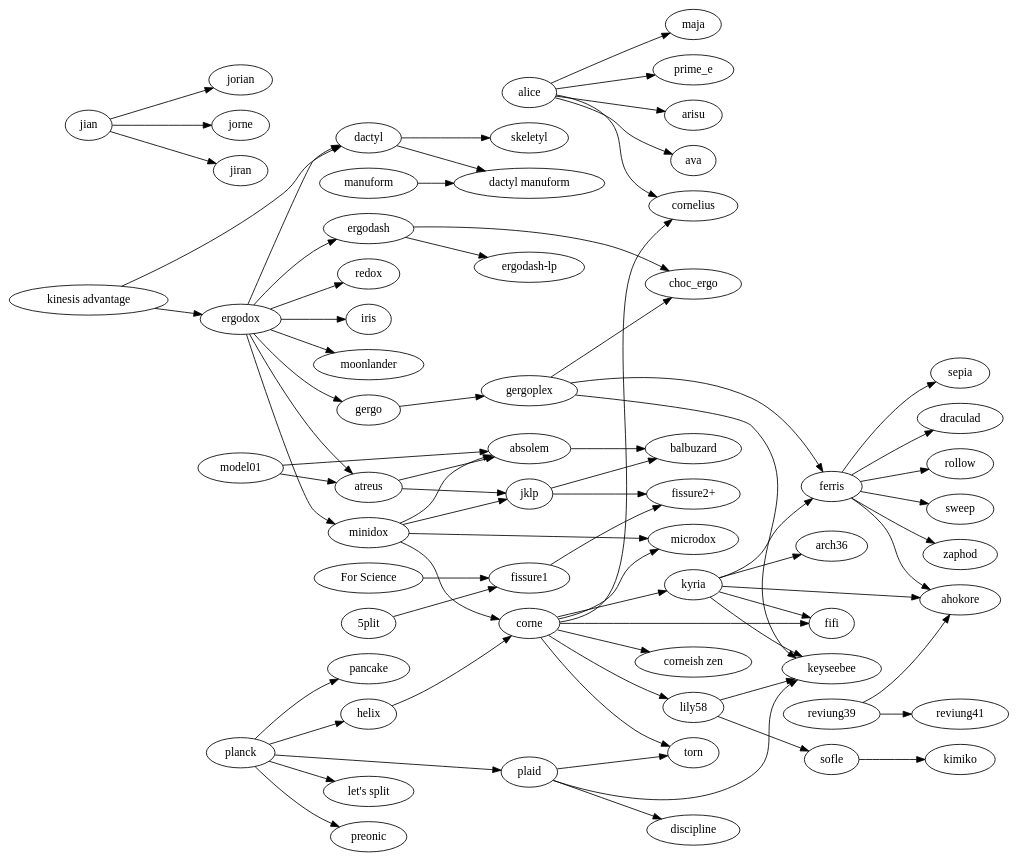
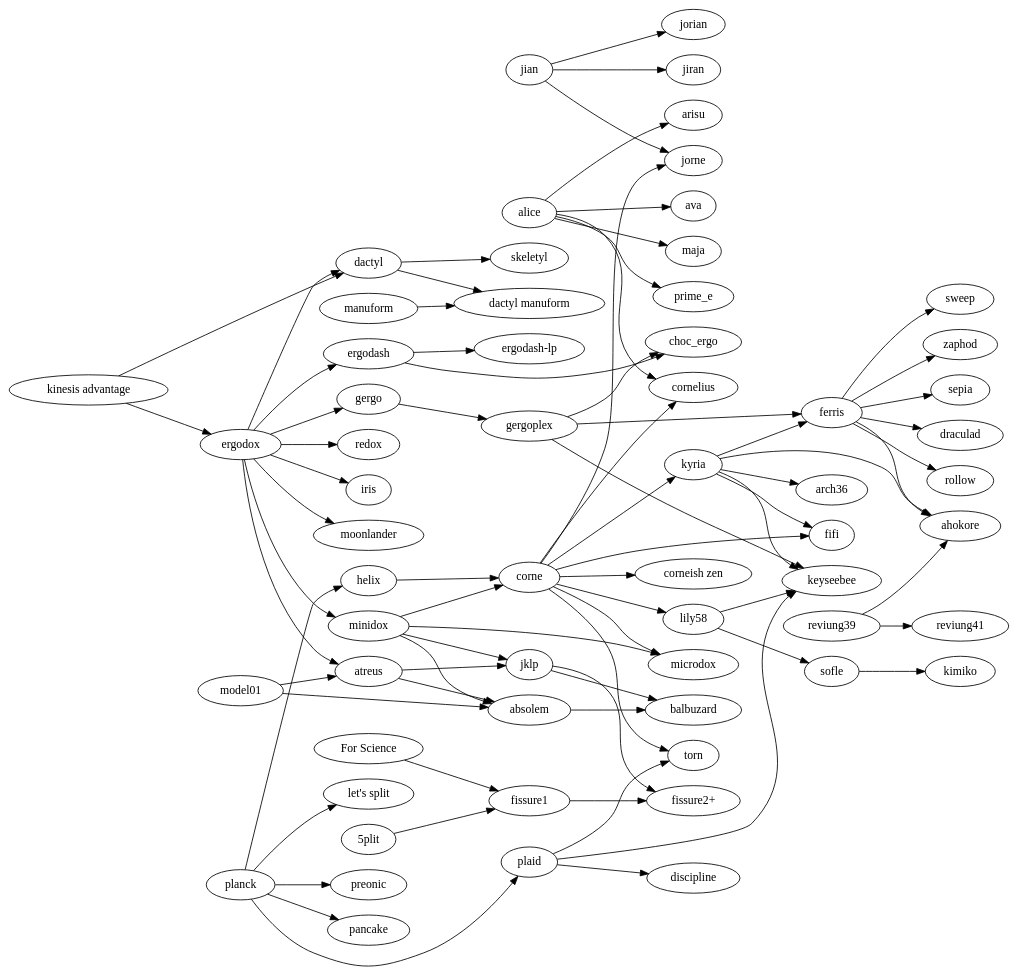
The diagram in tree.gv (joric/graph), drawn with Graphviz before and after one commit.

```diff
--- a/tree.gv
+++ b/tree.gv
@@ -1,136 +1,137 @@
 digraph {
   rankdir=LR;
 
   subgraph splits {
     helix -> corne;
     jian -> jorian;
     jian -> jorne;
     jian -> jiran;
 
     corne -> {
       "corneish zen";
       cornelius;
       fifi;
       kyria;
       lily58;
       microdox;
       torn;
+      jorne;
     };
 
     lily58 -> {
       keyseebee;
       sofle;
     };
 
     kyria -> {
         ahokore;
         arch36;
         ferris;
         fifi;
         keyseebee;
     };
 
     "kinesis advantage" -> {
       ergodox;
       dactyl;
     };
 
     ergodox -> {
       atreus;
       dactyl;
       ergodash;
       gergo;
       iris;
       minidox;
       moonlander;
       redox;
     };
 
     ergodash -> {
       "ergodash-lp";
       choc_ergo;
     };
 
     gergo -> gergoplex;
     gergoplex -> {
       choc_ergo;
       ferris;
       keyseebee;
     };
 
     ferris -> {
       ahokore;
       sepia;
       draculad;
       rollow;
       sweep;
       zaphod;
     };
 
     manuform -> "dactyl manuform";
 
     minidox -> {
       absolem;
       corne;
       microdox;
       jklp;
     };
 
     model01 -> {
       absolem;
       atreus;
     };
 
     sofle -> kimiko;
 
     "5plit" -> "fissure1";
     "For Science" -> "fissure1";
     fissure1 -> "fissure2+";
     jklp -> "fissure2+";
   }
 
   subgraph unibody {
     atreus -> {
       absolem;
       jklp;
     };
     jklp -> balbuzard;
     absolem -> balbuzard;
     reviung39 -> {
       ahokore;
       reviung41;
     };
   };
 
   subgraph ortholinear {
     plaid -> {
       discipline;
       keyseebee;
       torn;
     };
     planck -> {
       helix;
       "let's split";
       plaid;
       preonic;
       pancake;
     };
   }
 
   subgraph {
     dactyl -> {
       "dactyl manuform";
       skeletyl;
     }
   }
 
   subgraph alicefamily {
     alice -> {
       arisu;
       ava;
       cornelius;
       maja;
       prime_e;
     }
   }
 }
```
